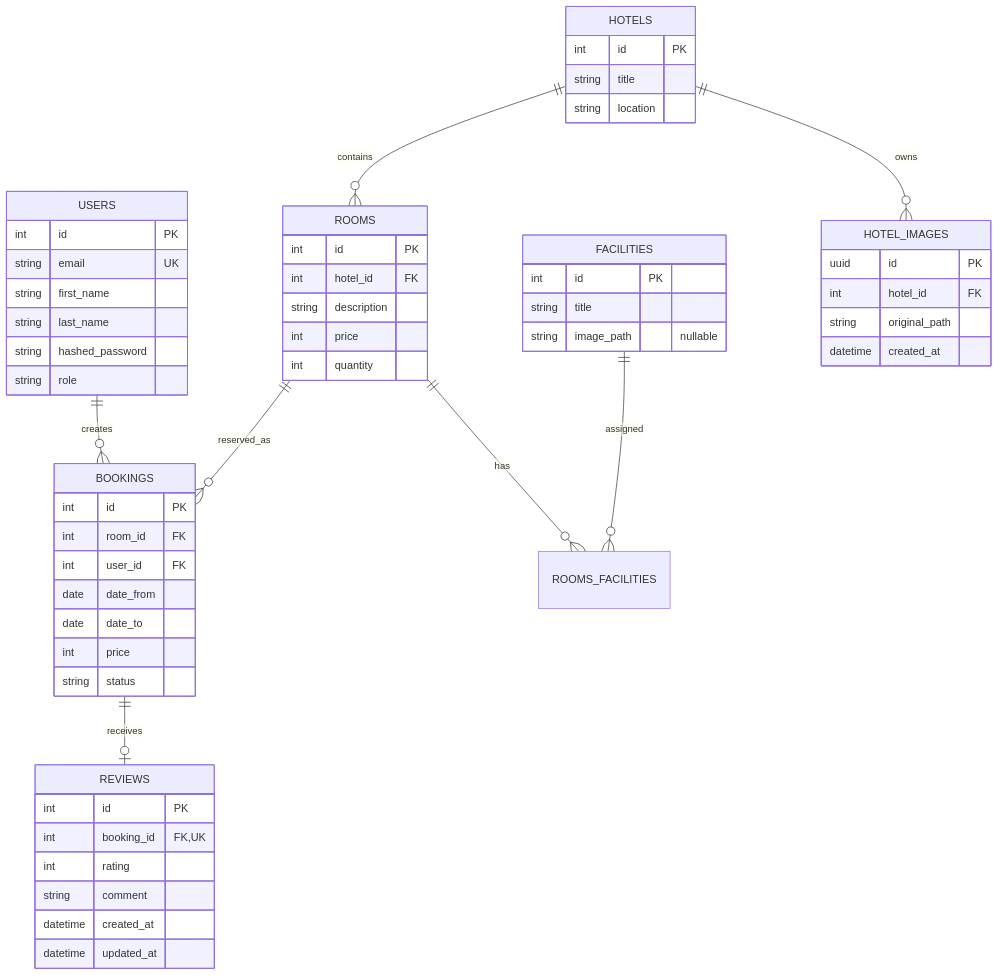
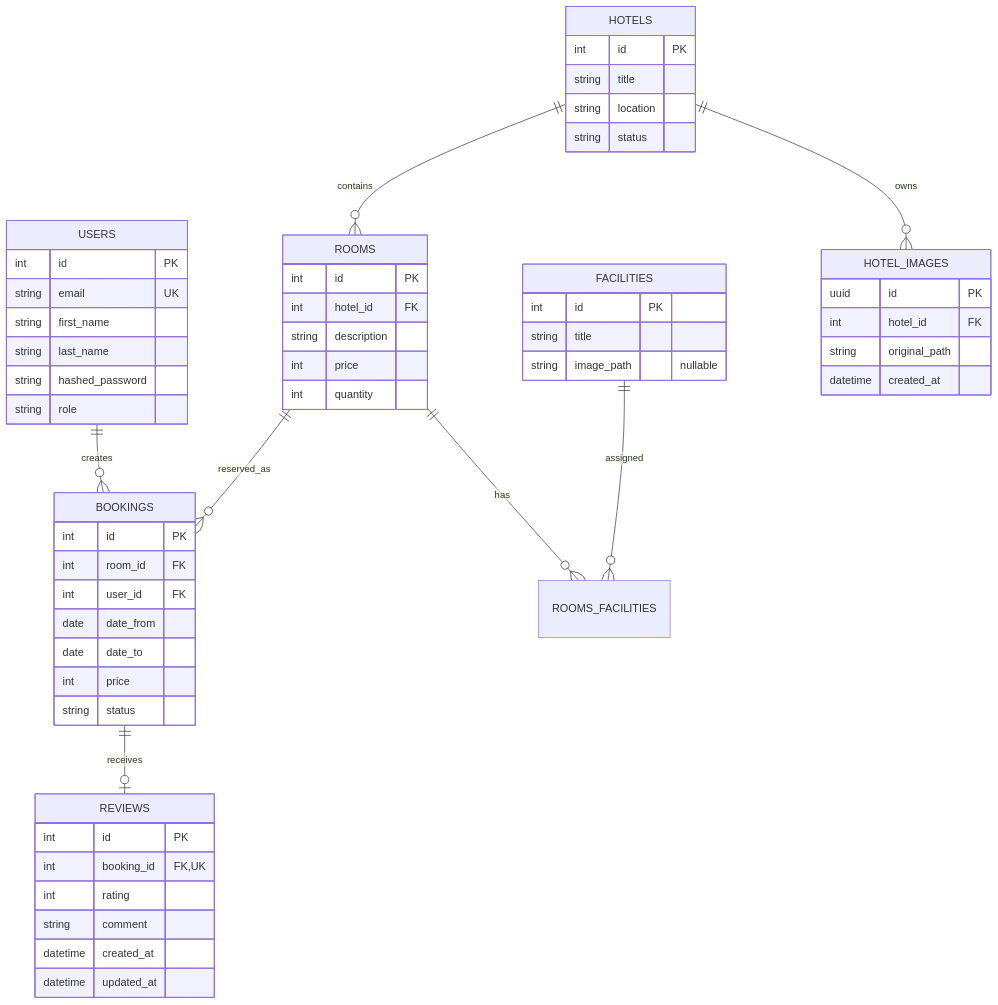
The second of 2 diagrams in README.md (MrSuIR/EasyBook), drawn with Mermaid before and after one commit. The commit also changed other lines of this file and 238 other files, not shown here.

````diff
--- a/README.md
+++ b/README.md
@@ -38,59 +39,60 @@
 ```mermaid
 erDiagram
     USERS ||--o{ BOOKINGS : creates
     HOTELS ||--o{ ROOMS : contains
     ROOMS ||--o{ BOOKINGS : reserved_as
     BOOKINGS ||--o| REVIEWS : receives
     ROOMS ||--o{ ROOMS_FACILITIES : has
     FACILITIES ||--o{ ROOMS_FACILITIES : assigned
     HOTELS ||--o{ HOTEL_IMAGES : owns
 
     USERS {
         int id PK
         string email UK
         string first_name
         string last_name
         string hashed_password
         string role
     }
     HOTELS {
         int id PK
         string title
         string location
+        string status
     }
     ROOMS {
         int id PK
         int hotel_id FK
         string description
         int price
         int quantity
     }
     BOOKINGS {
         int id PK
         int room_id FK
         int user_id FK
         date date_from
         date date_to
         int price
         string status
     }
     REVIEWS {
         int id PK
         int booking_id FK, UK
         int rating
         string comment
         datetime created_at
         datetime updated_at
     }
     FACILITIES {
         int id PK
         string title
         string image_path "nullable"
     }
     HOTEL_IMAGES {
         uuid id PK
         int hotel_id FK
         string original_path
         datetime created_at
     }
 ```
````
